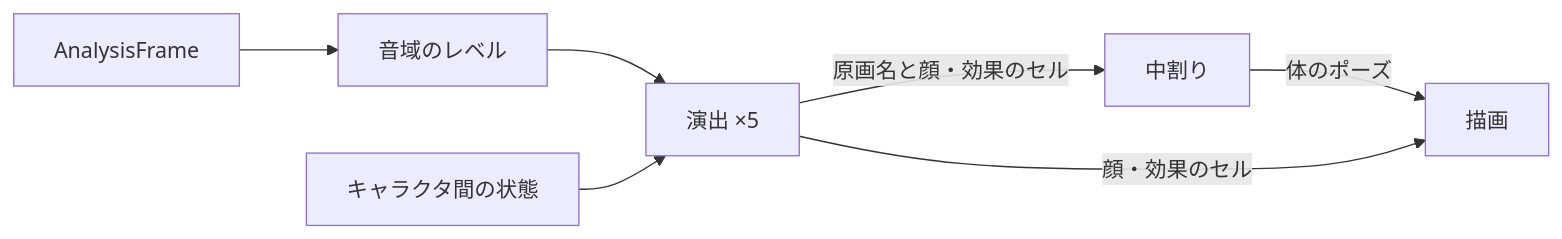
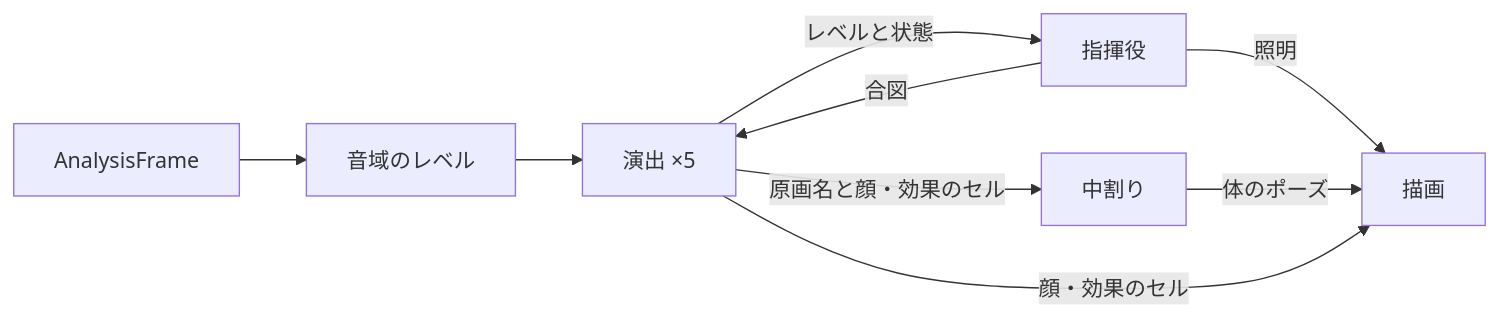
One commit to boyaki-machine/LC-Music-Player changed the diagram in docs/design/12_ermine-chorus-implementation.md. Above: the diagram before and after it, drawn with Mermaid. The commit also changed other lines of this file and 18 other files, not shown here.

````diff
--- a/docs/design/12_ermine-chorus-implementation.md
+++ b/docs/design/12_ermine-chorus-implementation.md
@@ -55,9 +79,11 @@
 ```mermaid
 flowchart LR
     Frame[AnalysisFrame] --> Bands[音域のレベル]
     Bands --> Director[演出 ×5]
-    World[キャラクタ間の状態] --> Director
+    Director -- レベルと状態 --> Ensemble[指揮役]
+    Ensemble -- 合図 --> Director
+    Ensemble -- 照明 --> Renderer
     Director -- 原画名と顔・効果のセル --> Tween[中割り]
     Tween -- 体のポーズ --> Renderer[描画]
     Director -- 顔・効果のセル --> Renderer
 ```
````
